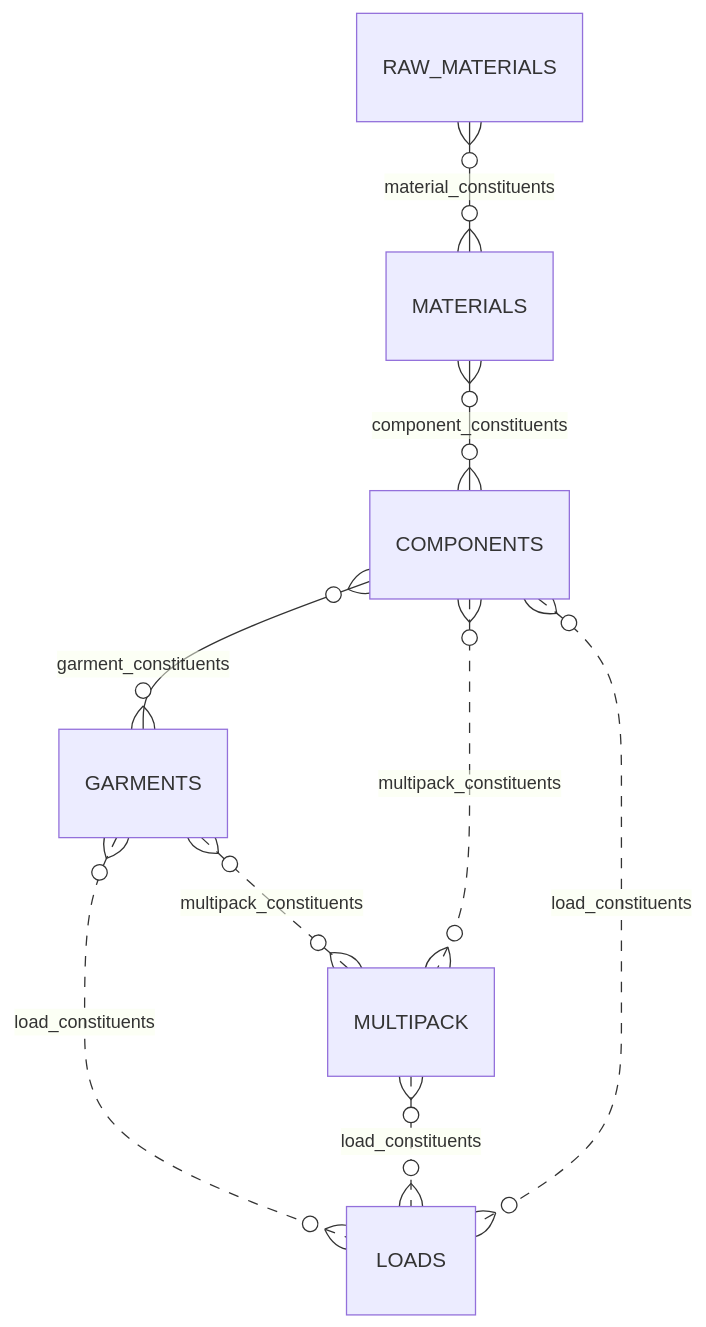
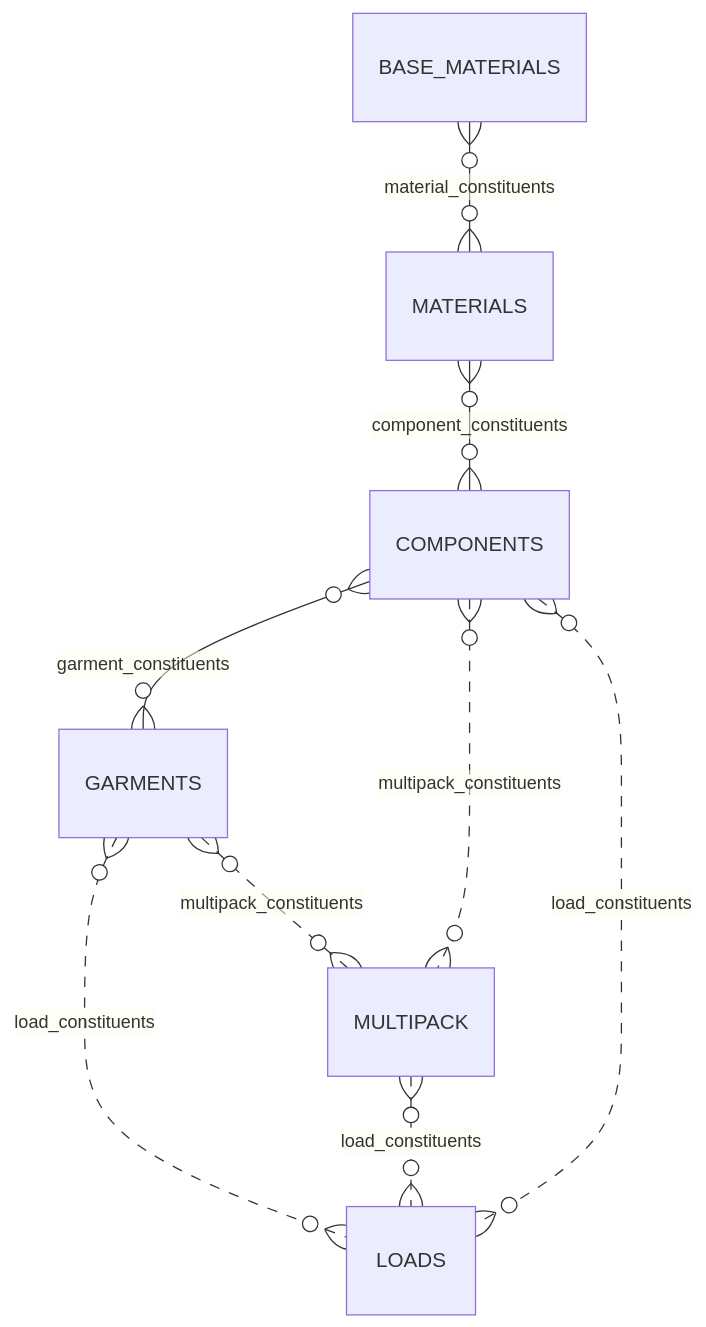
One commit to OpenDataManchester/OSTFD changed the diagram in docs/start-here/data-architecture.md. Above: the diagram before and after it, drawn with Mermaid. The commit also changed 46 other files, not shown here.

````diff
--- a/docs/start-here/data-architecture.md
+++ b/docs/start-here/data-architecture.md
@@ -14,11 +14,11 @@
 ``` mermaid
 erDiagram
-  RAW_MATERIALS }o--o{ MATERIALS : material_constituents
+  BASE_MATERIALS }o--o{ MATERIALS : material_constituents
   MATERIALS }o--o{ COMPONENTS : component_constituents
   COMPONENTS }o--o{ GARMENTS : garment_constituents
   GARMENTS }o..o{ MULTIPACK : multipack_constituents
   COMPONENTS }o..o{ MULTIPACK : multipack_constituents
   GARMENTS }o..o{ LOADS : load_constituents
   MULTIPACK }o..o{ LOADS : load_constituents
   COMPONENTS }o..o{ LOADS : load_constituents
 ```
````
